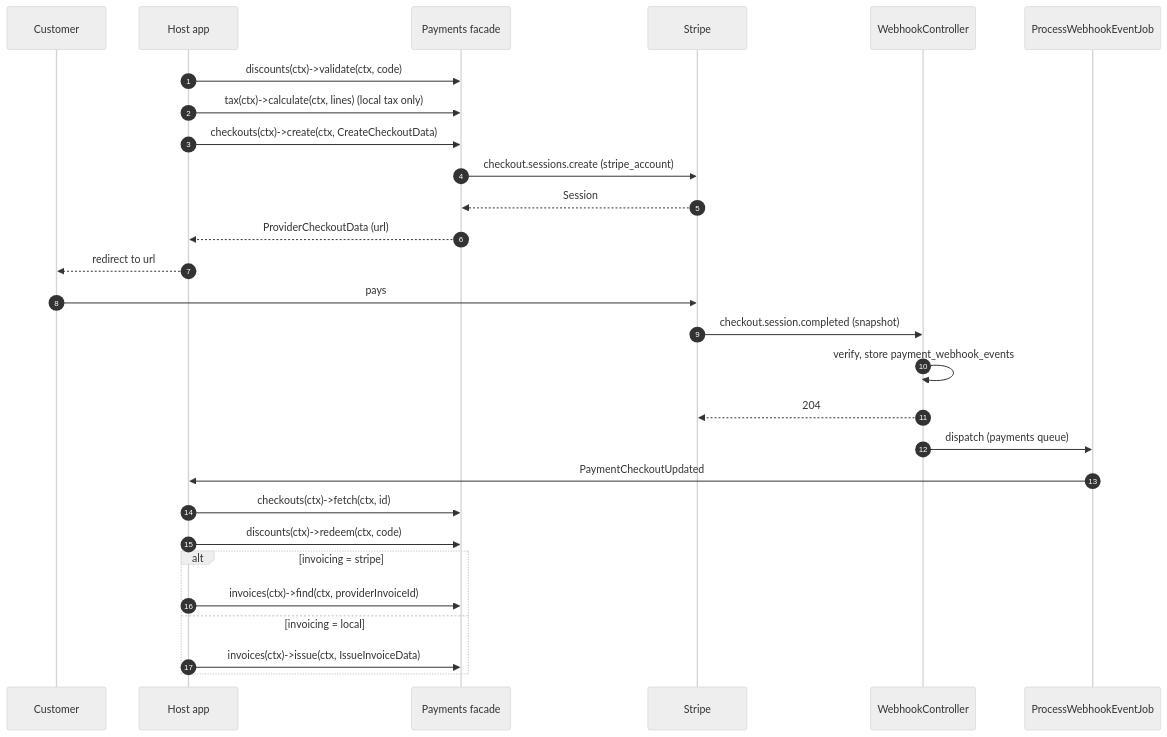
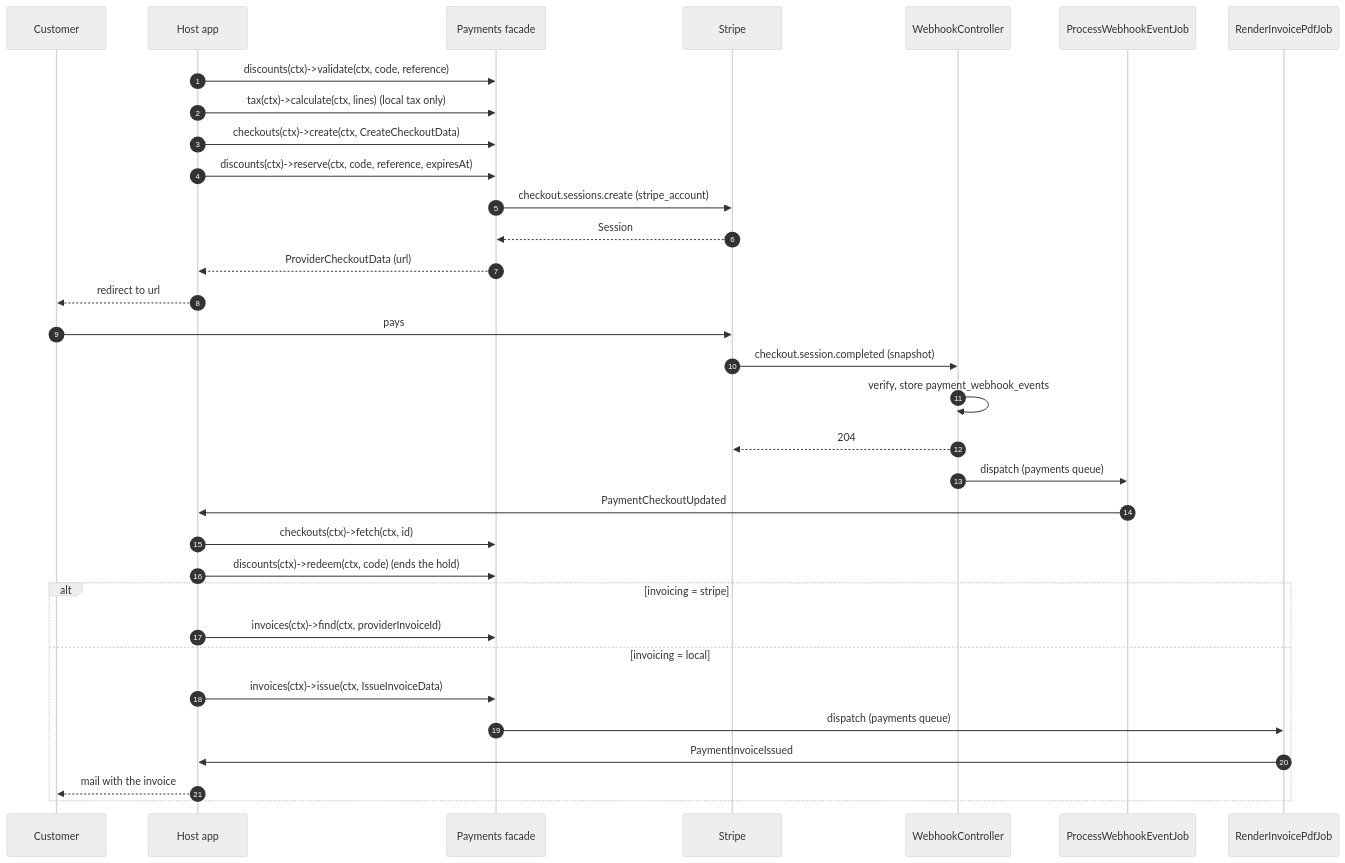
One commit to net-os-com/laravel-payments changed the second of 3 diagrams in docs/Architecture.md. Above: the diagram before and after it, drawn with Mermaid (neutral theme). The commit also changed other lines of this file and 14 other files, not shown here.

````diff
--- a/docs/Architecture.md
+++ b/docs/Architecture.md
@@ -101,31 +105,36 @@
 ```mermaid
 sequenceDiagram
     autonumber
     participant Customer
     participant App as Host app
     participant Pkg as Payments facade
     participant Stripe
     participant WH as WebhookController
     participant Job as ProcessWebhookEventJob
+    participant Pdf as RenderInvoicePdfJob
 
-    App->>Pkg: discounts(ctx)->validate(ctx, code)
+    App->>Pkg: discounts(ctx)->validate(ctx, code, reference)
     App->>Pkg: tax(ctx)->calculate(ctx, lines) (local tax only)
     App->>Pkg: checkouts(ctx)->create(ctx, CreateCheckoutData)
+    App->>Pkg: discounts(ctx)->reserve(ctx, code, reference, expiresAt)
     Pkg->>Stripe: checkout.sessions.create (stripe_account)
     Stripe-->>Pkg: Session
     Pkg-->>App: ProviderCheckoutData (url)
     App-->>Customer: redirect to url
     Customer->>Stripe: pays
     Stripe->>WH: checkout.session.completed (snapshot)
     WH->>WH: verify, store payment_webhook_events
     WH-->>Stripe: 204
     WH->>Job: dispatch (payments queue)
     Job->>App: PaymentCheckoutUpdated
     App->>Pkg: checkouts(ctx)->fetch(ctx, id)
-    App->>Pkg: discounts(ctx)->redeem(ctx, code)
+    App->>Pkg: discounts(ctx)->redeem(ctx, code) (ends the hold)
     alt invoicing = stripe
         App->>Pkg: invoices(ctx)->find(ctx, providerInvoiceId)
     else invoicing = local
         App->>Pkg: invoices(ctx)->issue(ctx, IssueInvoiceData)
+        Pkg->>Pdf: dispatch (payments queue)
+        Pdf->>App: PaymentInvoiceIssued
+        App-->>Customer: mail with the invoice
     end
 ```
````
